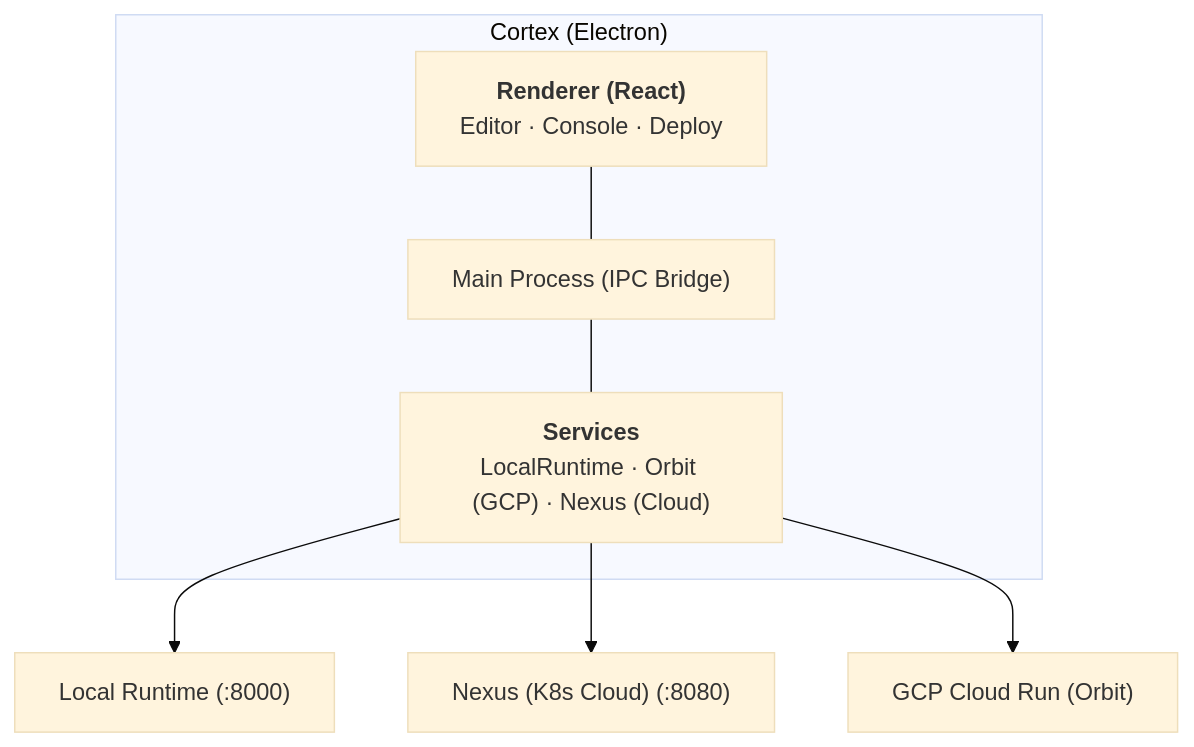
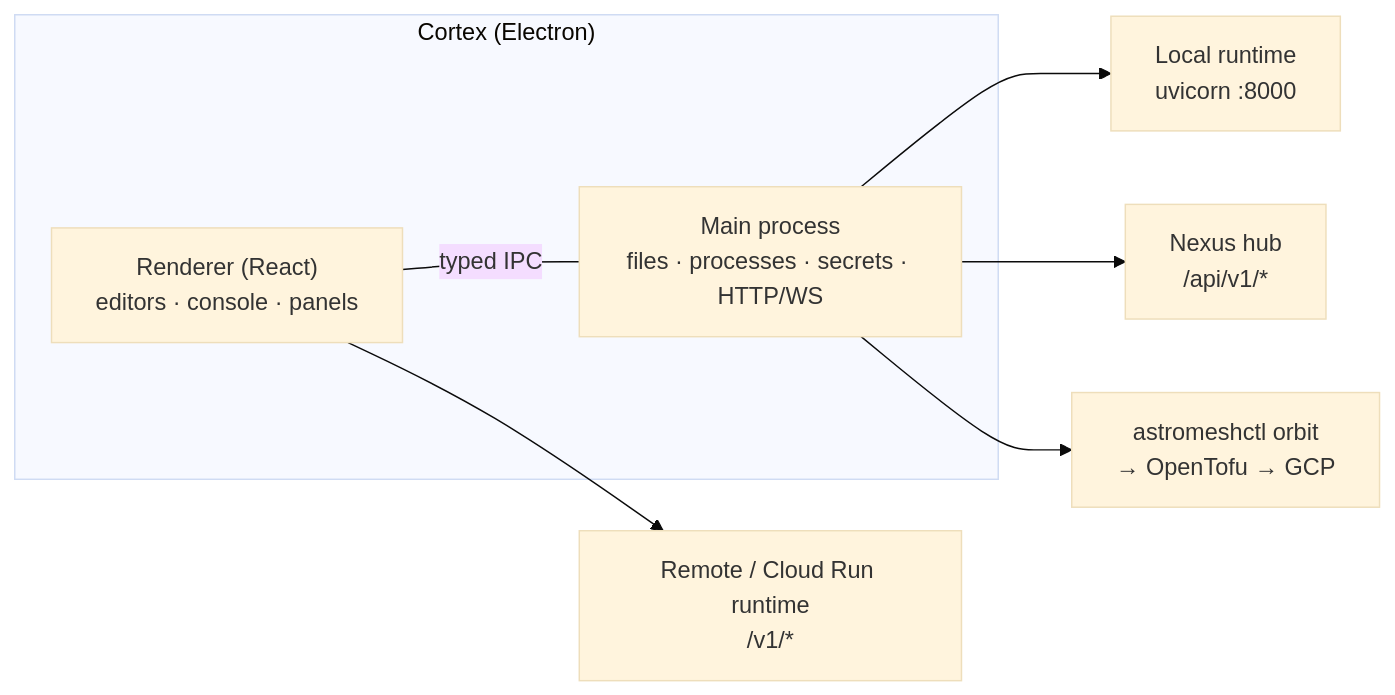
One commit to monaccode/astromesh changed the diagram in docs-site/src/content/docs/cortex/introduction.mdx. Above: the diagram before and after it, drawn with Mermaid (base theme). The commit also changed other lines of this file and 10 other files, not shown here.

````diff
--- a/docs-site/src/content/docs/cortex/introduction.mdx
+++ b/docs-site/src/content/docs/cortex/introduction.mdx
@@ -37,15 +50,12 @@
 ```mermaid
-flowchart TB
+flowchart LR
   subgraph cortex["Cortex (Electron)"]
-    renderer["`**Renderer (React)**
-    Editor · Console · Deploy`"]
-    main["Main Process (IPC Bridge)"]
-    services["`**Services**
-    LocalRuntime · Orbit (GCP) · Nexus (Cloud)`"]
-    renderer --- main
-    main --- services
+    renderer["Renderer (React)<br/>editors · console · panels"]
+    main["Main process<br/>files · processes · secrets · HTTP/WS"]
+    renderer -- "typed IPC" --- main
   end
-  services --> local["Local Runtime (:8000)"]
-  services --> nexus["Nexus (K8s Cloud) (:8080)"]
-  services --> gcp["GCP Cloud Run (Orbit)"]
+  main --> local["Local runtime<br/>uvicorn :8000"]
+  renderer --> remote["Remote / Cloud Run runtime<br/>/v1/*"]
+  main --> nexus["Nexus hub<br/>/api/v1/*"]
+  main --> orbit["astromeshctl orbit<br/>→ OpenTofu → GCP"]
 ```
````
